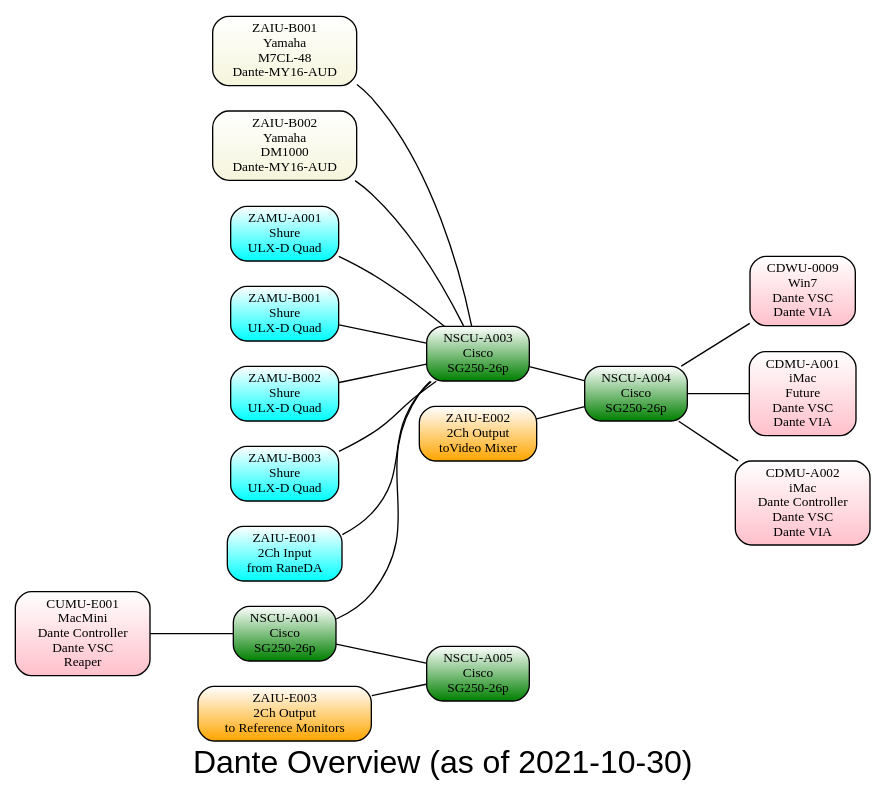
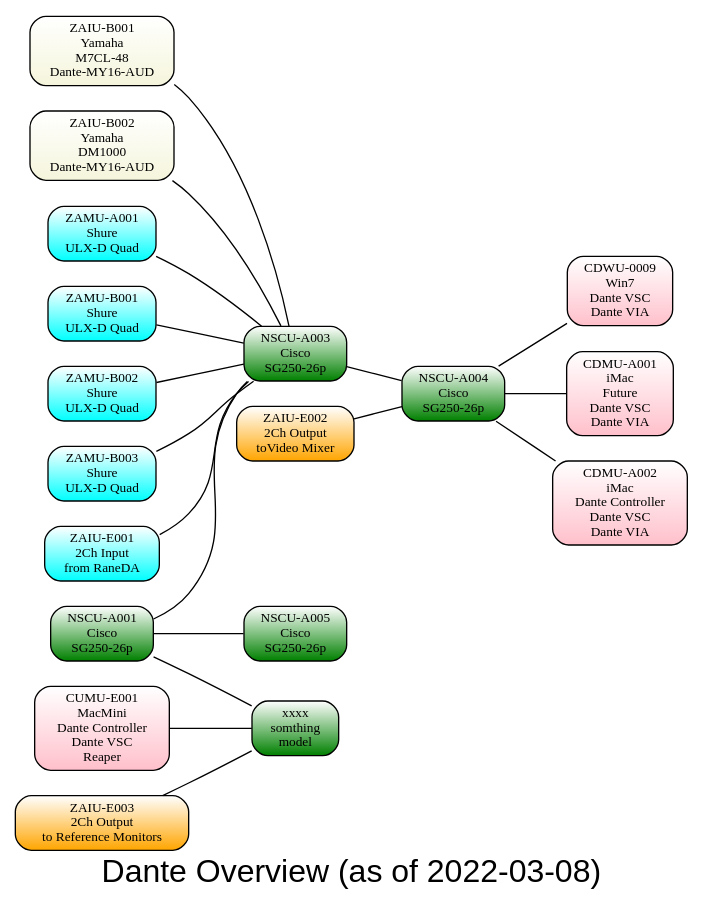
One commit to avmaint/uactechdoc changed the diagram in sda-dante.gv. Above: the diagram before and after it, drawn with Graphviz.

Commit message:
update of dante diagram

```diff
--- a/sda-dante.gv
+++ b/sda-dante.gv
@@ -1,60 +1,57 @@
 graph overview { 
 graph [overlap = true, fontsize = 24, rankdir=LR 
-      label="Dante Overview (as of 2021-10-30)", 
+      label="Dante Overview (as of 2022-03-08)", 
       fontname = Helvetica]
 
 node [shape=Mrecord, tooltip="" , fontsize = 10, 
       fillcolor="white:beige" , style=filled  
       gradientangle=270]
 
 
-  zaiub001 [label="ZAIU-B001\nYamaha\nM7CL-48\nDante-MY16-AUD"]
-  zaiub002 [label="ZAIU-B002\nYamaha\nDM1000\nDante-MY16-AUD"]
-
+zaiub001 [label="ZAIU-B001\nYamaha\nM7CL-48\nDante-MY16-AUD"]
+zaiub002 [label="ZAIU-B002\nYamaha\nDM1000\nDante-MY16-AUD"]
 
 zamua001 [label="ZAMU-A001\nShure\nULX-D Quad", fillcolor="white:cyan" ]
 zamub001 [label="ZAMU-B001\nShure\nULX-D Quad", fillcolor="white:cyan"]
 zamub002 [label="ZAMU-B002\nShure\nULX-D Quad", fillcolor="white:cyan"]
 zamub003 [label="ZAMU-B003\nShure\nULX-D Quad", fillcolor="white:cyan"]
-
-
 
 cdwu0009 [label="CDWU-0009\nWin7\nDante VSC\nDante VIA", fillcolor="white:pink"]
 cdmua001 [label="CDMU-A001\niMac\nFuture\nDante VSC\nDante VIA", fillcolor="white:pink"]
 cdmua002 [label="CDMU-A002\niMac\nDante Controller\nDante VSC\nDante VIA", fillcolor="white:pink"]
 cumue001 [label="CUMU-E001\nMacMini\nDante Controller\nDante VSC\nReaper", fillcolor="white:pink"]
 
 nscua003 [label="NSCU-A003\nCisco\nSG250-26p", fillcolor="white:green"]
 nscua004 [label="NSCU-A004\nCisco\nSG250-26p", fillcolor="white:green"]
 nscua001 [label="NSCU-A001\nCisco\nSG250-26p", fillcolor="white:green"]
 nscua005 [label="NSCU-A005\nCisco\nSG250-26p", fillcolor="white:green"]
 
- 
+switch   [label="xxxx\nsomthing\nmodel", fillcolor="white:green"] 
 
 zaiue001 [label="ZAIU-E001\n2Ch Input\nfrom RaneDA", fillcolor="white:cyan"]
 zaiue002 [label="ZAIU-E002\n2Ch Output\ntoVideo Mixer", fillcolor="white:orange"] 
 zaiue003 [label="ZAIU-E003\n2Ch Output\nto Reference Monitors", fillcolor="white:orange"]
 
- 
 nscua003 -- nscua004
 nscua004 -- cdwu0009
 nscua004 -- cdmua001
 nscua004 -- cdmua002
 
 zamua001 -- nscua003
 zamub001 -- nscua003
 zamub002 -- nscua003
 zamub003 -- nscua003
 
 zaiub001 -- nscua003
 zaiub002 -- nscua003
 
 zaiue001 -- nscua003
 zaiue002 -- nscua004
 
 nscua001 -- nscua003
 nscua001 -- nscua005
 
-zaiue003 -- nscua005
-cumue001 -- nscua001
+zaiue003 -- switch
+cumue001 -- switch
+nscua001 -- switch
 } 
```
